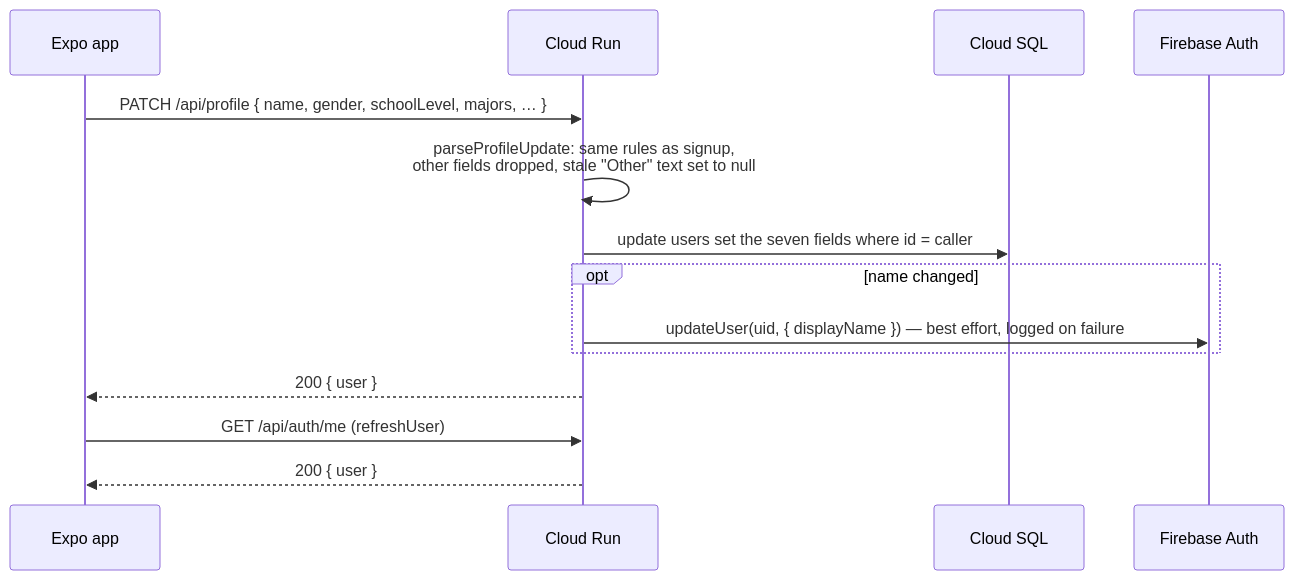
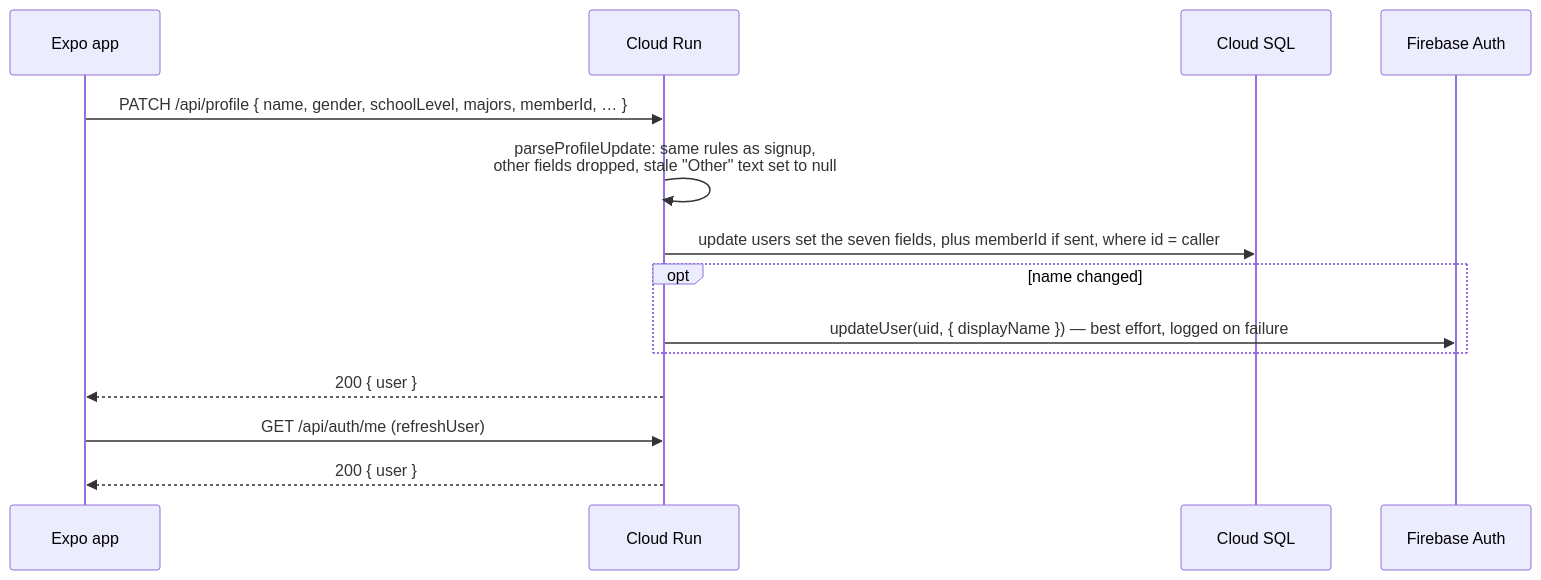
One commit to SHPE-UIC/shpe-web-app changed the fifth of 13 diagrams in docs/ARCHITECTURE.md. Above: the diagram before and after it, drawn with Mermaid. The commit also changed other lines of this file, not shown here.

Commit message:
Show the member ID in the profile edit docs and diagram

````diff
--- a/docs/ARCHITECTURE.md
+++ b/docs/ARCHITECTURE.md
@@ -218,17 +220,17 @@
 ```mermaid
 sequenceDiagram
     participant App as Expo app
     participant API as Cloud Run
     participant DB as Cloud SQL
     participant FB as Firebase Auth
 
-    App->>API: PATCH /api/profile { name, gender, schoolLevel, majors, … }
+    App->>API: PATCH /api/profile { name, gender, schoolLevel, majors, memberId, … }
     API->>API: parseProfileUpdate: same rules as signup,<br/>other fields dropped, stale "Other" text set to null
-    API->>DB: update users set the seven fields where id = caller
+    API->>DB: update users set the seven fields, plus memberId if sent, where id = caller
     opt name changed
         API->>FB: updateUser(uid, { displayName }) — best effort, logged on failure
     end
     API-->>App: 200 { user }
     App->>API: GET /api/auth/me (refreshUser)
     API-->>App: 200 { user }
 ```
````
